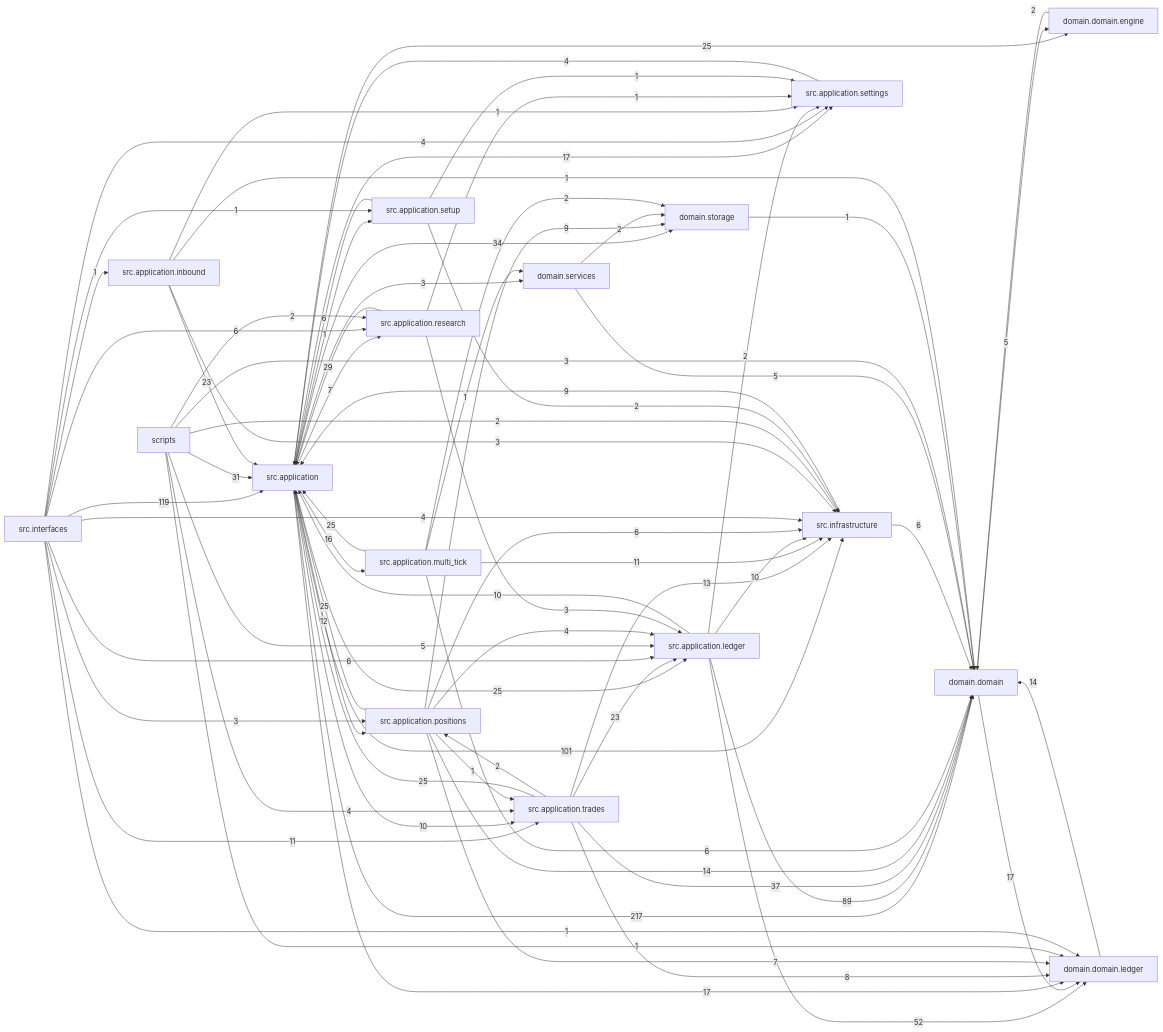
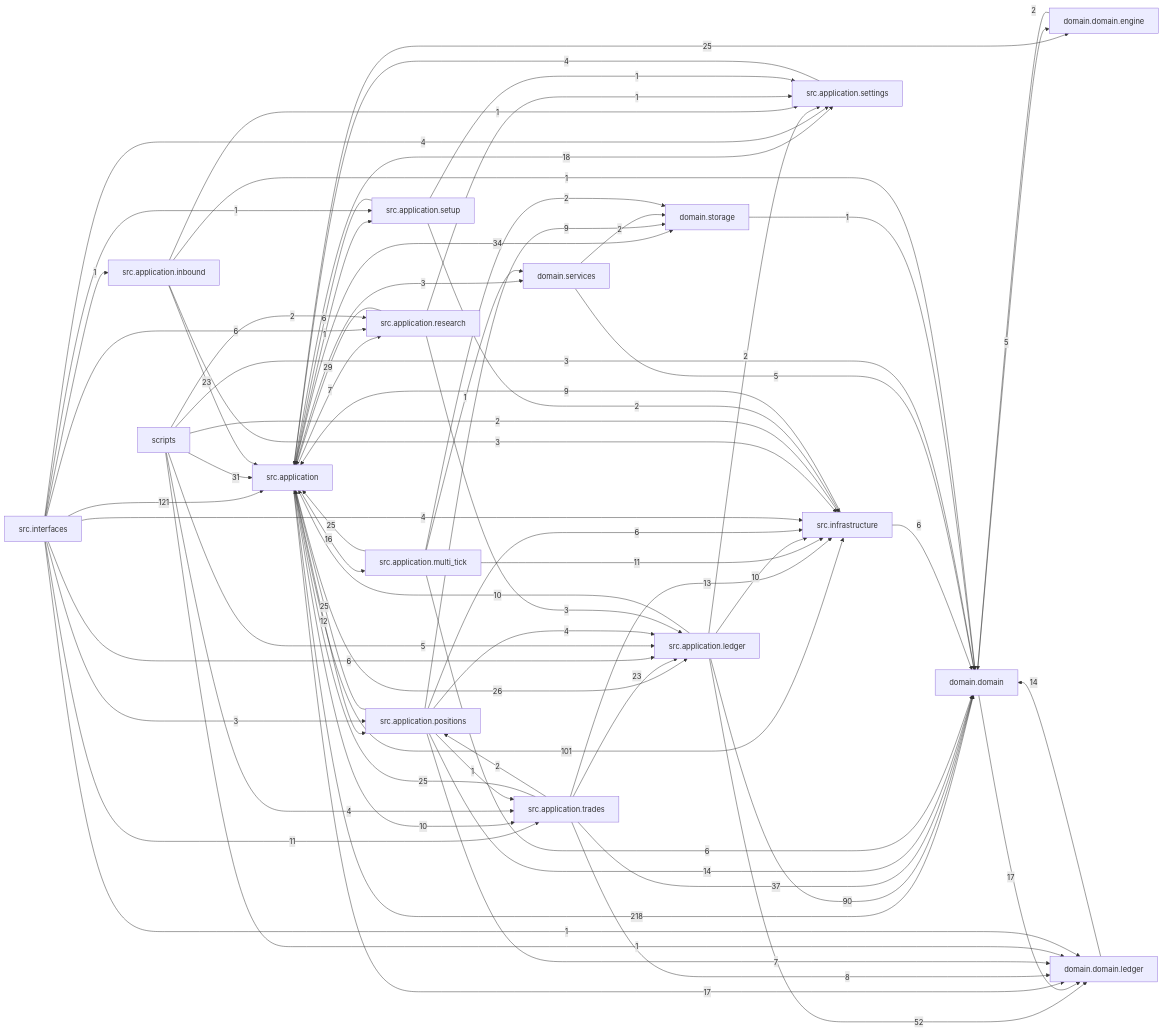
One commit to liuxie066/options-monitor changed the diagram in docs/dependency_graph.mmd. Above: the diagram before and after it, drawn with Mermaid. The commit also changed 6 other files, not shown here.

```diff
--- a/docs/dependency_graph.mmd
+++ b/docs/dependency_graph.mmd
@@ -1,74 +1,74 @@
 flowchart LR
-  src_application["src.application"] -->|217| domain_domain["domain.domain"]
-  src_interfaces["src.interfaces"] -->|119| src_application["src.application"]
+  src_application["src.application"] -->|218| domain_domain["domain.domain"]
+  src_interfaces["src.interfaces"] -->|121| src_application["src.application"]
   src_application["src.application"] -->|101| src_infrastructure["src.infrastructure"]
-  src_application_ledger["src.application.ledger"] -->|89| domain_domain["domain.domain"]
+  src_application_ledger["src.application.ledger"] -->|90| domain_domain["domain.domain"]
   src_application_ledger["src.application.ledger"] -->|52| domain_domain_ledger["domain.domain.ledger"]
   src_application_trades["src.application.trades"] -->|37| domain_domain["domain.domain"]
   src_application["src.application"] -->|34| domain_storage["domain.storage"]
   scripts["scripts"] -->|31| src_application["src.application"]
   src_application_research["src.application.research"] -->|29| src_application["src.application"]
+  src_application["src.application"] -->|26| src_application_ledger["src.application.ledger"]
   src_application["src.application"] -->|25| domain_domain_engine["domain.domain.engine"]
-  src_application["src.application"] -->|25| src_application_ledger["src.application.ledger"]
   src_application_multi_tick["src.application.multi_tick"] -->|25| src_application["src.application"]
   src_application_positions["src.application.positions"] -->|25| src_application["src.application"]
   src_application_trades["src.application.trades"] -->|25| src_application["src.application"]
   src_application_inbound["src.application.inbound"] -->|23| src_application["src.application"]
   src_application_trades["src.application.trades"] -->|23| src_application_ledger["src.application.ledger"]
+  src_application["src.application"] -->|18| src_application_settings["src.application.settings"]
   domain_domain["domain.domain"] -->|17| domain_domain_ledger["domain.domain.ledger"]
   src_application["src.application"] -->|17| domain_domain_ledger["domain.domain.ledger"]
-  src_application["src.application"] -->|17| src_application_settings["src.application.settings"]
   src_application["src.application"] -->|16| src_application_multi_tick["src.application.multi_tick"]
   domain_domain_ledger["domain.domain.ledger"] -->|14| domain_domain["domain.domain"]
   src_application_positions["src.application.positions"] -->|14| domain_domain["domain.domain"]
   src_application_trades["src.application.trades"] -->|13| src_infrastructure["src.infrastructure"]
   src_application["src.application"] -->|12| src_application_positions["src.application.positions"]
   src_application_multi_tick["src.application.multi_tick"] -->|11| src_infrastructure["src.infrastructure"]
   src_interfaces["src.interfaces"] -->|11| src_application_trades["src.application.trades"]
   src_application["src.application"] -->|10| src_application_trades["src.application.trades"]
   src_application_ledger["src.application.ledger"] -->|10| src_application["src.application"]
   src_application_ledger["src.application.ledger"] -->|10| src_infrastructure["src.infrastructure"]
   src_application_positions["src.application.positions"] -->|9| domain_storage["domain.storage"]
   src_infrastructure["src.infrastructure"] -->|9| src_application["src.application"]
   src_application_trades["src.application.trades"] -->|8| domain_domain_ledger["domain.domain.ledger"]
   src_application["src.application"] -->|7| src_application_research["src.application.research"]
   src_application_positions["src.application.positions"] -->|7| domain_domain_ledger["domain.domain.ledger"]
   src_application_multi_tick["src.application.multi_tick"] -->|6| domain_domain["domain.domain"]
   src_application_positions["src.application.positions"] -->|6| src_infrastructure["src.infrastructure"]
   src_application_setup["src.application.setup"] -->|6| src_application["src.application"]
   src_infrastructure["src.infrastructure"] -->|6| domain_domain["domain.domain"]
   src_interfaces["src.interfaces"] -->|6| src_application_ledger["src.application.ledger"]
   src_interfaces["src.interfaces"] -->|6| src_application_research["src.application.research"]
   domain_domain["domain.domain"] -->|5| domain_domain_engine["domain.domain.engine"]
   domain_services["domain.services"] -->|5| domain_domain["domain.domain"]
   scripts["scripts"] -->|5| src_application_ledger["src.application.ledger"]
   scripts["scripts"] -->|4| src_application_trades["src.application.trades"]
   src_application_positions["src.application.positions"] -->|4| src_application_ledger["src.application.ledger"]
   src_application_settings["src.application.settings"] -->|4| src_application["src.application"]
   src_interfaces["src.interfaces"] -->|4| src_application_settings["src.application.settings"]
   src_interfaces["src.interfaces"] -->|4| src_infrastructure["src.infrastructure"]
   scripts["scripts"] -->|3| domain_domain["domain.domain"]
   src_application["src.application"] -->|3| domain_services["domain.services"]
   src_application_inbound["src.application.inbound"] -->|3| src_infrastructure["src.infrastructure"]
   src_application_research["src.application.research"] -->|3| src_application_ledger["src.application.ledger"]
   src_interfaces["src.interfaces"] -->|3| src_application_positions["src.application.positions"]
   domain_domain_engine["domain.domain.engine"] -->|2| domain_domain["domain.domain"]
   domain_services["domain.services"] -->|2| domain_storage["domain.storage"]
   scripts["scripts"] -->|2| src_application_research["src.application.research"]
   scripts["scripts"] -->|2| src_infrastructure["src.infrastructure"]
   src_application_ledger["src.application.ledger"] -->|2| src_application_settings["src.application.settings"]
   src_application_multi_tick["src.application.multi_tick"] -->|2| domain_storage["domain.storage"]
   src_application_setup["src.application.setup"] -->|2| src_infrastructure["src.infrastructure"]
   src_application_trades["src.application.trades"] -->|2| src_application_positions["src.application.positions"]
   domain_storage["domain.storage"] -->|1| domain_domain["domain.domain"]
   scripts["scripts"] -->|1| domain_domain_ledger["domain.domain.ledger"]
   src_application["src.application"] -->|1| src_application_setup["src.application.setup"]
   src_application_inbound["src.application.inbound"] -->|1| domain_domain["domain.domain"]
   src_application_inbound["src.application.inbound"] -->|1| src_application_settings["src.application.settings"]
   src_application_multi_tick["src.application.multi_tick"] -->|1| domain_services["domain.services"]
   src_application_positions["src.application.positions"] -->|1| src_application_trades["src.application.trades"]
   src_application_research["src.application.research"] -->|1| src_application_settings["src.application.settings"]
   src_application_setup["src.application.setup"] -->|1| src_application_settings["src.application.settings"]
   src_interfaces["src.interfaces"] -->|1| domain_domain_ledger["domain.domain.ledger"]
   src_interfaces["src.interfaces"] -->|1| src_application_inbound["src.application.inbound"]
   src_interfaces["src.interfaces"] -->|1| src_application_setup["src.application.setup"]
```
